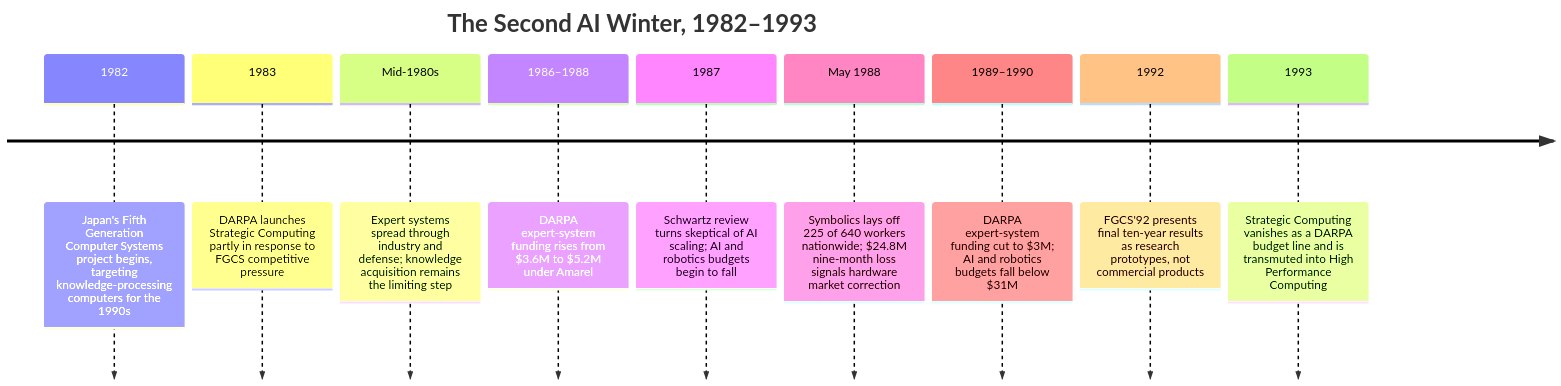
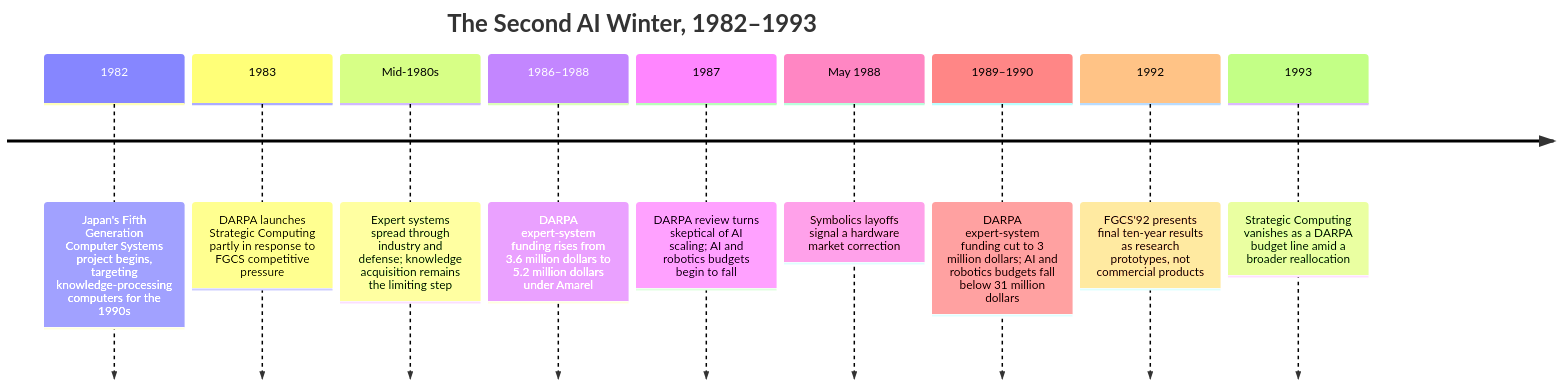
Before and after one commit to kube-dojo/kube-dojo: the diagram in src/content/docs/ai-history/ch-28-the-second-ai-winter.md, drawn with Mermaid. The commit also changed other lines of this file and 2 other files, not shown here.

````diff
--- a/src/content/docs/ai-history/ch-28-the-second-ai-winter.md
+++ b/src/content/docs/ai-history/ch-28-the-second-ai-winter.md
@@ -30,13 +30,13 @@
 ```mermaid
 timeline
     title The Second AI Winter, 1982–1993
     1982 : Japan's Fifth Generation Computer Systems project begins, targeting knowledge-processing computers for the 1990s
     1983 : DARPA launches Strategic Computing partly in response to FGCS competitive pressure
     Mid-1980s : Expert systems spread through industry and defense; knowledge acquisition remains the limiting step
-    1986–1988 : DARPA expert-system funding rises from $3.6M to $5.2M under Amarel
-    1987 : Schwartz review turns skeptical of AI scaling; AI and robotics budgets begin to fall
-    May 1988 : Symbolics lays off 225 of 640 workers nationwide; $24.8M nine-month loss signals hardware market correction
-    1989–1990 : DARPA expert-system funding cut to $3M; AI and robotics budgets fall below $31M
+    1986–1988 : DARPA expert-system funding rises from 3.6 million dollars to 5.2 million dollars under Amarel
+    1987 : DARPA review turns skeptical of AI scaling; AI and robotics budgets begin to fall
+    May 1988 : Symbolics layoffs signal a hardware market correction
+    1989–1990 : DARPA expert-system funding cut to 3 million dollars; AI and robotics budgets fall below 31 million dollars
     1992 : FGCS'92 presents final ten-year results as research prototypes, not commercial products
-    1993 : Strategic Computing vanishes as a DARPA budget line and is transmuted into High Performance Computing
+    1993 : Strategic Computing vanishes as a DARPA budget line amid a broader reallocation
 ```
````
